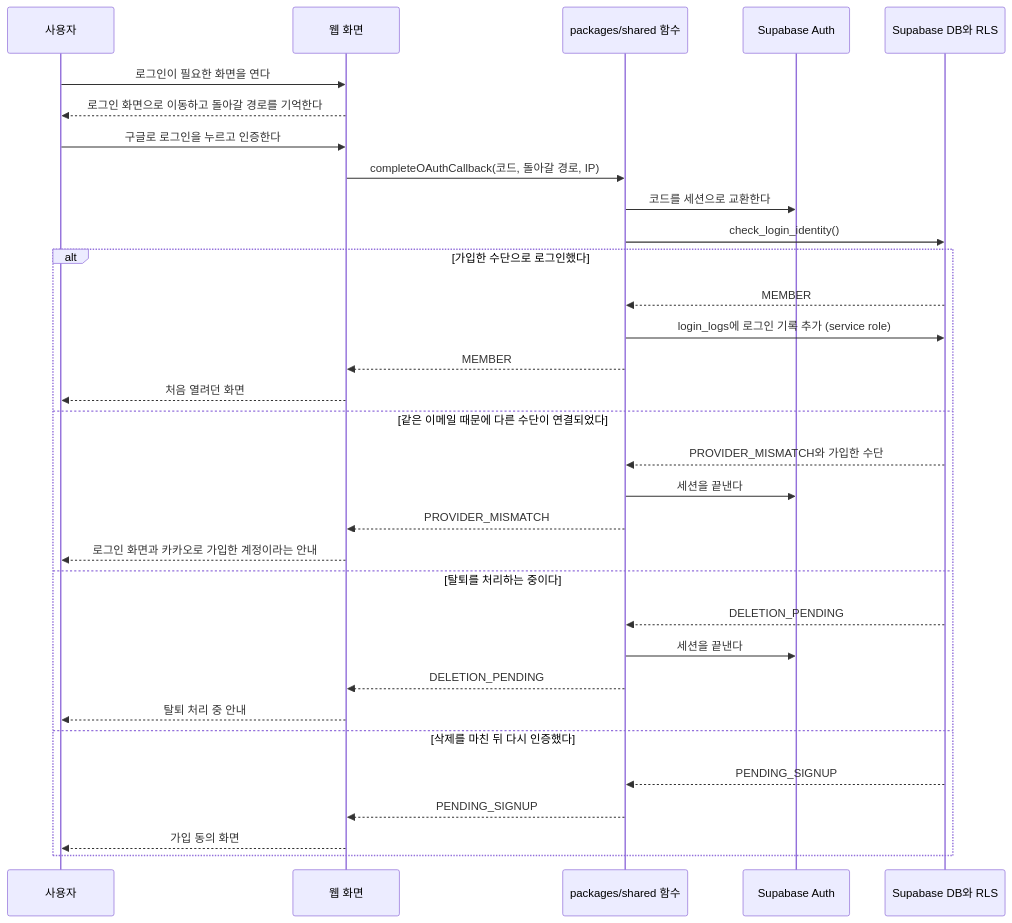
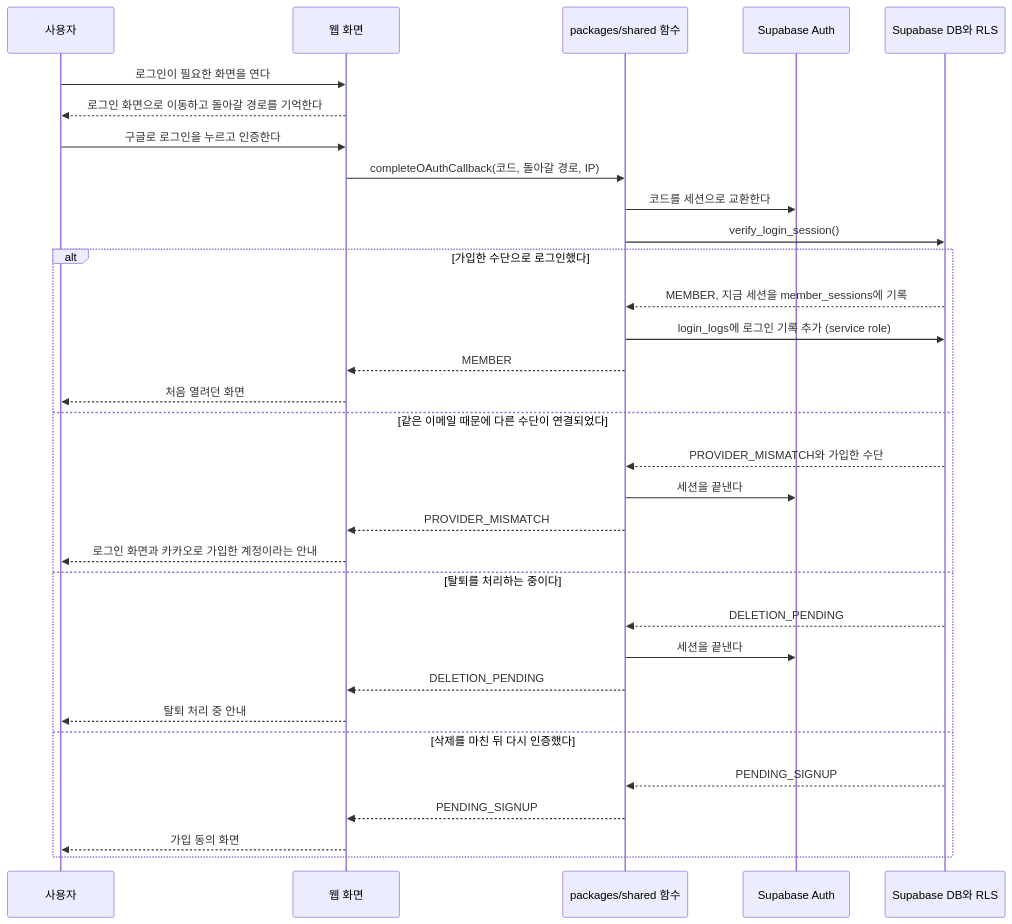
Before and after one commit to god3v/hamtteukka: the third of 10 diagrams in docs/specs/001-account/design/sequence.md, drawn with Mermaid. The commit also changed other lines of this file and 5 other files, not shown here.

````diff
--- a/docs/specs/001-account/design/sequence.md
+++ b/docs/specs/001-account/design/sequence.md
@@ -106,34 +106,34 @@
 ```mermaid
 sequenceDiagram
   participant User as 사용자
   participant Web as 웹 화면
   participant Shared as packages/shared 함수
   participant Auth as Supabase Auth
   participant DB as Supabase DB와 RLS
   User->>Web: 로그인이 필요한 화면을 연다
   Web-->>User: 로그인 화면으로 이동하고 돌아갈 경로를 기억한다
   User->>Web: 구글로 로그인을 누르고 인증한다
   Web->>Shared: completeOAuthCallback(코드, 돌아갈 경로, IP)
   Shared->>Auth: 코드를 세션으로 교환한다
-  Shared->>DB: check_login_identity()
+  Shared->>DB: verify_login_session()
   alt 가입한 수단으로 로그인했다
-    DB-->>Shared: MEMBER
+    DB-->>Shared: MEMBER, 지금 세션을 member_sessions에 기록
     Shared->>DB: login_logs에 로그인 기록 추가 (service role)
     Shared-->>Web: MEMBER
     Web-->>User: 처음 열려던 화면
   else 같은 이메일 때문에 다른 수단이 연결되었다
     DB-->>Shared: PROVIDER_MISMATCH와 가입한 수단
     Shared->>Auth: 세션을 끝낸다
     Shared-->>Web: PROVIDER_MISMATCH
     Web-->>User: 로그인 화면과 카카오로 가입한 계정이라는 안내
   else 탈퇴를 처리하는 중이다
     DB-->>Shared: DELETION_PENDING
     Shared->>Auth: 세션을 끝낸다
     Shared-->>Web: DELETION_PENDING
     Web-->>User: 탈퇴 처리 중 안내
   else 삭제를 마친 뒤 다시 인증했다
     DB-->>Shared: PENDING_SIGNUP
     Shared-->>Web: PENDING_SIGNUP
     Web-->>User: 가입 동의 화면
   end
 ```
````
